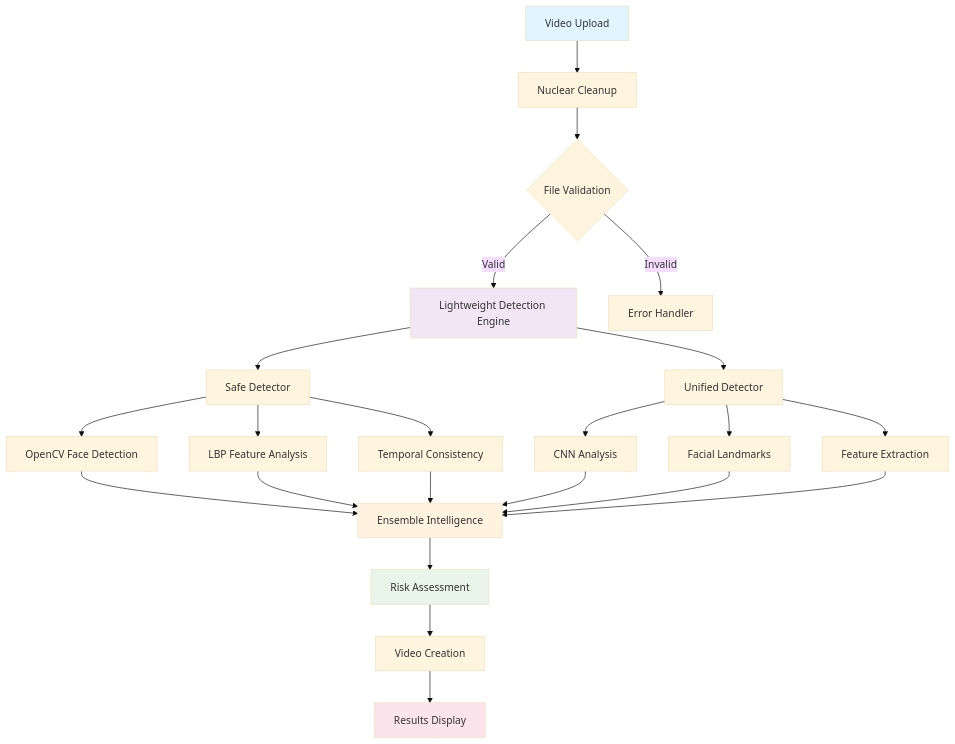
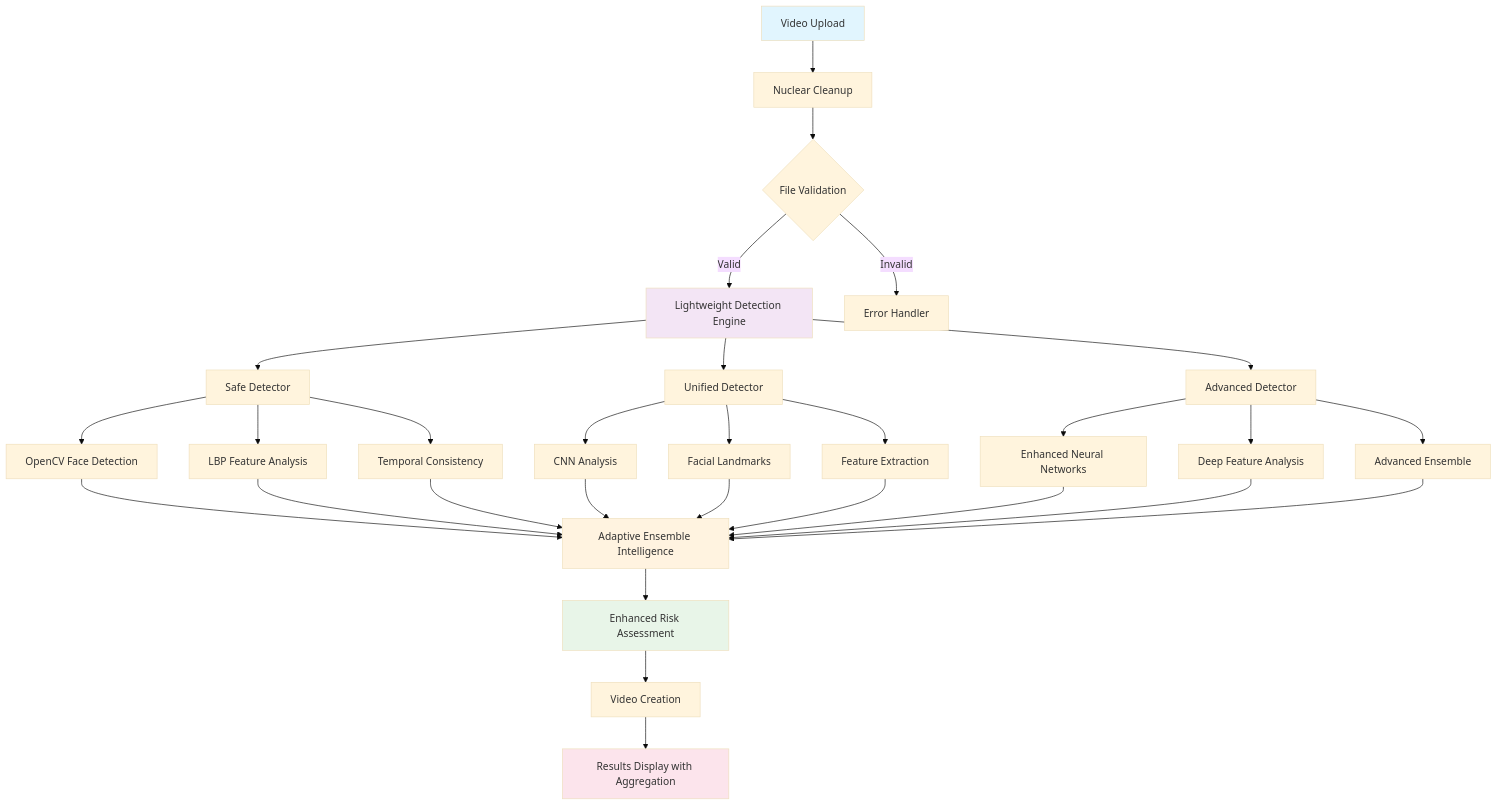
The diagram in README.md (ariktheone/deepfake-detector), drawn with Mermaid (base theme) before and after one commit. The commit also changed other lines of this file, not shown here.

````diff
--- a/README.md
+++ b/README.md
@@ -79,35 +86,43 @@
 ```mermaid
 graph TB
     A[Video Upload] --> B[Nuclear Cleanup]
     B --> C{File Validation}
     C -->|Valid| D[Lightweight Detection Engine]
     C -->|Invalid| E[Error Handler]
     
     D --> F[Safe Detector]
     D --> G[Unified Detector]
+    D --> H[Advanced Detector]
     
-    F --> H[OpenCV Face Detection]
-    F --> I[LBP Feature Analysis]
-    F --> J[Temporal Consistency]
+    F --> I[OpenCV Face Detection]
+    F --> J[LBP Feature Analysis]
+    F --> K[Temporal Consistency]
     
-    G --> K[CNN Analysis]
-    G --> L[Facial Landmarks]
-    G --> M[Feature Extraction]
+    G --> L[CNN Analysis]
+    G --> M[Facial Landmarks]
+    G --> N[Feature Extraction]
     
-    H --> N[Ensemble Intelligence]
-    I --> N
-    J --> N
-    K --> N
-    L --> N
-    M --> N
+    H --> O[Enhanced Neural Networks]
+    H --> P[Deep Feature Analysis]
+    H --> Q[Advanced Ensemble]
     
-    N --> O[Risk Assessment]
-    O --> P[Video Creation]
-    P --> Q[Results Display]
+    I --> R[Adaptive Ensemble Intelligence]
+    J --> R
+    K --> R
+    L --> R
+    M --> R
+    N --> R
+    O --> R
+    P --> R
+    Q --> R
+    
+    R --> S[Enhanced Risk Assessment]
+    S --> T[Video Creation]
+    T --> U[Results Display with Aggregation]
     
     style A fill:#e1f5fe
     style D fill:#f3e5f5
-    style N fill:#fff3e0
-    style O fill:#e8f5e8
-    style Q fill:#fce4ec
+    style R fill:#fff3e0
+    style S fill:#e8f5e8
+    style U fill:#fce4ec
 ```
````
